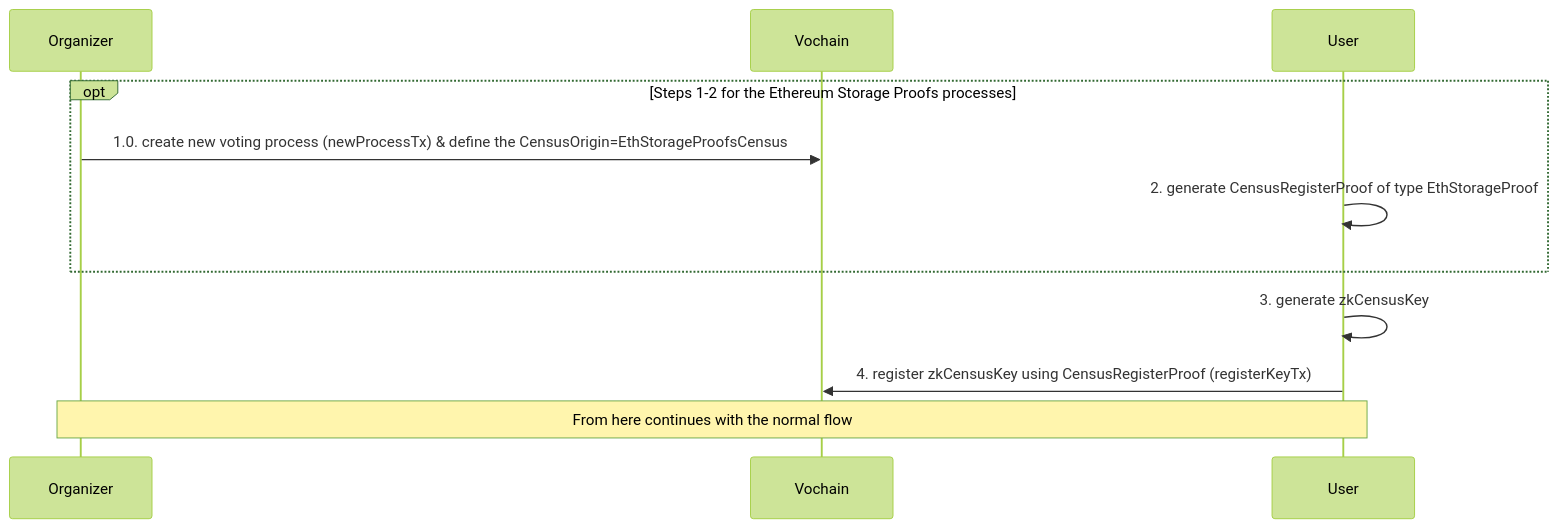
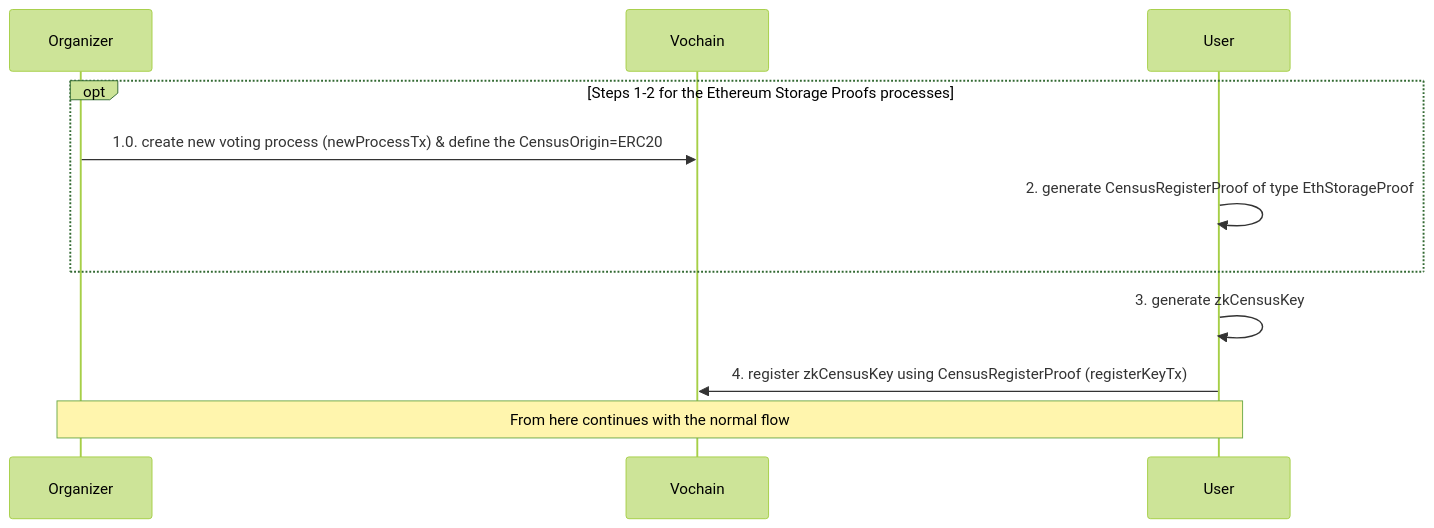
The third of 3 diagrams in src/architecture/protocol/anonymous-voting/zk-census-proof.md (vocdoni/docs), drawn with Mermaid before and after one commit. The commit also changed other lines of this file and 1 other file, not shown here.

````diff
--- a/src/architecture/protocol/anonymous-voting/zk-census-proof.md
+++ b/src/architecture/protocol/anonymous-voting/zk-census-proof.md
@@ -186,12 +185,12 @@
 ```mermaid
 %%{init: {'theme':'forest'}}%%
 
 sequenceDiagram
 opt Steps 1-2 for the Ethereum Storage Proofs processes
-  Organizer->>Vochain: 1.0. create new voting process (newProcessTx) & define the CensusOrigin=EthStorageProofsCensus
+  Organizer->>Vochain: 1.0. create new voting process (newProcessTx) & define the CensusOrigin=ERC20
   User->>User: 2. generate CensusRegisterProof of type EthStorageProof
 end
 User->>User: 3. generate zkCensusKey
 User->>Vochain: 4. register zkCensusKey using CensusRegisterProof (registerKeyTx)
 Note over Organizer,User: From here continues with the normal flow
 ```
````
